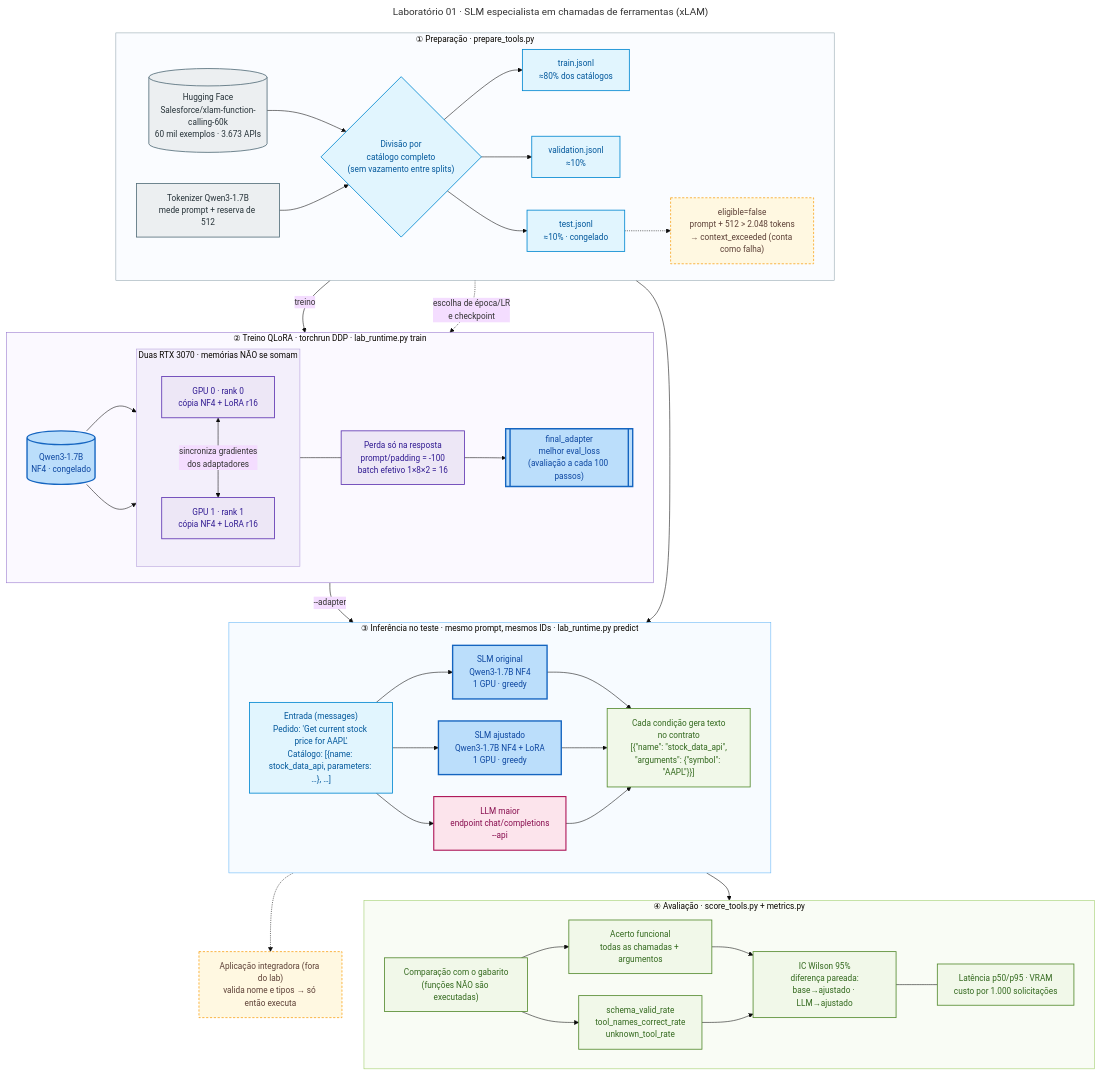
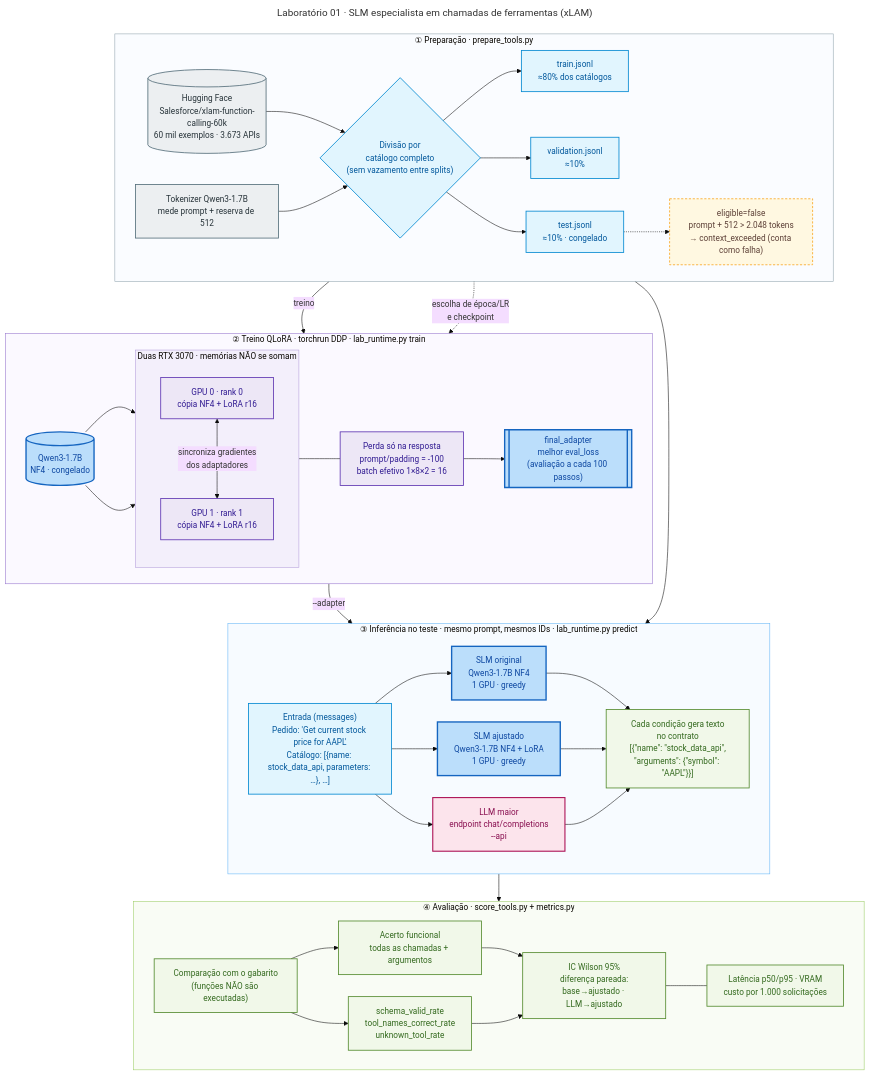
The diagram in diagramas/laboratorio-01-ferramentas.mmd (damico/slm-lab), drawn with Mermaid before and after one commit. The commit also changed 7 other files, not shown here.

Commit message:
Remove dos diagramas os elementos fora do escopo dos laboratórios

```diff
--- a/diagramas/laboratorio-01-ferramentas.mmd
+++ b/diagramas/laboratorio-01-ferramentas.mmd
@@ -1,94 +1,92 @@
 ---
 title: "Laboratório 01 · SLM especialista em chamadas de ferramentas (xLAM)"
 config:
   theme: base
   themeVariables:
     fontFamily: "Arial, Helvetica, sans-serif"
     fontSize: "15px"
   flowchart:
     curve: basis
     nodeSpacing: 40
     rankSpacing: 50
 ---
 flowchart TB
     classDef src fill:#eceff1,stroke:#546e7a,stroke-width:1.5px,color:#263238;
     classDef data fill:#e1f5fe,stroke:#0288d1,stroke-width:1.5px,color:#01579b;
     classDef gpu fill:#ede7f6,stroke:#5e35b1,stroke-width:1.5px,color:#311b92;
     classDef model fill:#bbdefb,stroke:#1565c0,stroke-width:2.5px,color:#0d47a1;
     classDef llm fill:#fce4ec,stroke:#ad1457,stroke-width:2px,color:#880e4f;
     classDef out fill:#f1f8e9,stroke:#558b2f,stroke-width:1.5px,color:#33691e;
     classDef warn fill:#fff8e1,stroke:#f9a825,stroke-width:1.5px,stroke-dasharray:4 3,color:#5d4037;
 
     %% ---------- 1. PREPARAÇÃO ----------
     subgraph P["① Preparação · prepare_tools.py"]
         direction LR
         HF[("Hugging Face<br/>Salesforce/xlam-function-calling-60k<br/>60 mil exemplos · 3.673 APIs")]:::src
         TOK["Tokenizer Qwen3-1.7B<br/>mede prompt + reserva de 512"]:::src
         SPLIT{"Divisão por<br/>catálogo completo<br/>(sem vazamento entre splits)"}:::data
         TR["train.jsonl<br/>≈80% dos catálogos"]:::data
         VA["validation.jsonl<br/>≈10%"]:::data
         TE["test.jsonl<br/>≈10% · congelado"]:::data
         EL["eligible=false<br/>prompt + 512 > 2.048 tokens<br/>→ context_exceeded (conta como falha)"]:::warn
         HF --> SPLIT
         TOK --> SPLIT
         SPLIT --> TR & VA & TE
         TE -.-> EL
     end
 
     %% ---------- 2. TREINO ----------
     subgraph T["② Treino QLoRA · torchrun DDP · lab_runtime.py train"]
         direction LR
         BASE[("Qwen3-1.7B<br/>NF4 · congelado")]:::model
         subgraph G["Duas RTX 3070 · memórias NÃO se somam"]
             direction TB
             G0["GPU 0 · rank 0<br/>cópia NF4 + LoRA r16"]:::gpu
             G1["GPU 1 · rank 1<br/>cópia NF4 + LoRA r16"]:::gpu
             G0 <-->|"sincroniza gradientes<br/>dos adaptadores"| G1
         end
         LOSS["Perda só na resposta<br/>prompt/padding = -100<br/>batch efetivo 1×8×2 = 16"]:::gpu
         ADP[["final_adapter<br/>melhor eval_loss<br/>(avaliação a cada 100 passos)"]]:::model
         BASE --> G0 & G1
         G --- LOSS
         LOSS --> ADP
     end
 
     %% ---------- 3. INFERÊNCIA ----------
     subgraph I["③ Inferência no teste · mesmo prompt, mesmos IDs · lab_runtime.py predict"]
         direction LR
         EX["Entrada (messages)<br/>Pedido: 'Get current stock price for AAPL'<br/>Catálogo: #91;#123;name: stock_data_api, parameters: …#125;, …#93;"]:::data
         C1["SLM original<br/>Qwen3-1.7B NF4<br/>1 GPU · greedy"]:::model
         C2["SLM ajustado<br/>Qwen3-1.7B NF4 + LoRA<br/>1 GPU · greedy"]:::model
         C3["LLM maior<br/>endpoint chat/completions<br/>--api"]:::llm
         Y["Cada condição gera texto<br/>no contrato<br/>#91;#123;#quot;name#quot;: #quot;stock_data_api#quot;,<br/>#quot;arguments#quot;: #123;#quot;symbol#quot;: #quot;AAPL#quot;#125;#125;#93;"]:::out
         EX --> C1 & C2 & C3
         C1 & C2 & C3 --> Y
     end
 
     %% ---------- 4. AVALIAÇÃO ----------
     subgraph A["④ Avaliação · score_tools.py + metrics.py"]
         direction LR
         SC["Comparação com o gabarito<br/>(funções NÃO são executadas)"]:::out
         M1["Acerto funcional<br/>todas as chamadas + argumentos"]:::out
         M2["schema_valid_rate<br/>tool_names_correct_rate<br/>unknown_tool_rate"]:::out
         M3["IC Wilson 95%<br/>diferença pareada:<br/>base→ajustado · LLM→ajustado"]:::out
         M4["Latência p50/p95 · VRAM<br/>custo por 1.000 solicitações"]:::out
         SC --> M1 & M2
         M1 --> M3
         M2 --> M3
         M3 --- M4
     end
 
     TR -->|treino| T
     VA -.->|escolha de época/LR<br/>e checkpoint| T
     TE --> EX
     ADP -->|--adapter| C2
     Y --> SC
 
-    APP["Aplicação integradora (fora do lab)<br/>valida nome e tipos → só então executa"]:::warn
-    Y -.-> APP
 
     style P fill:#fafcff,stroke:#90a4ae,stroke-width:1px
     style T fill:#fbf9ff,stroke:#9575cd,stroke-width:1px
     style G fill:#f3effb,stroke:#b39ddb,stroke-width:1px
     style I fill:#f7fbff,stroke:#64b5f6,stroke-width:1px
     style A fill:#f9fcf5,stroke:#9ccc65,stroke-width:1px
```
